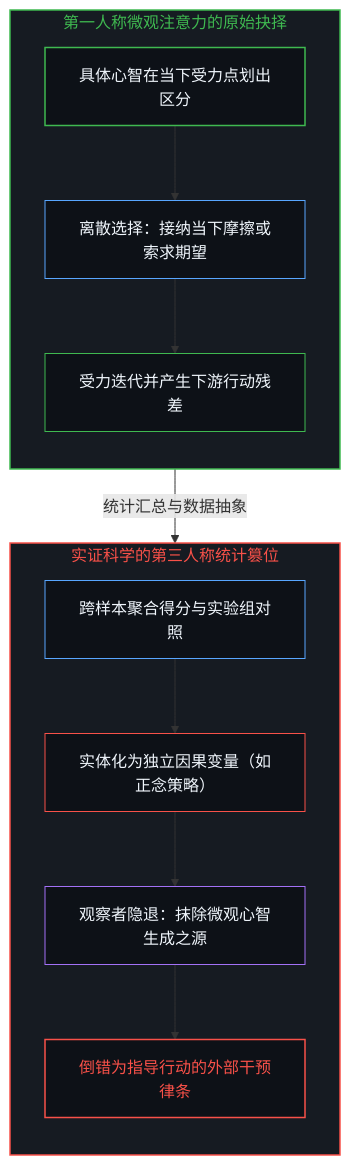
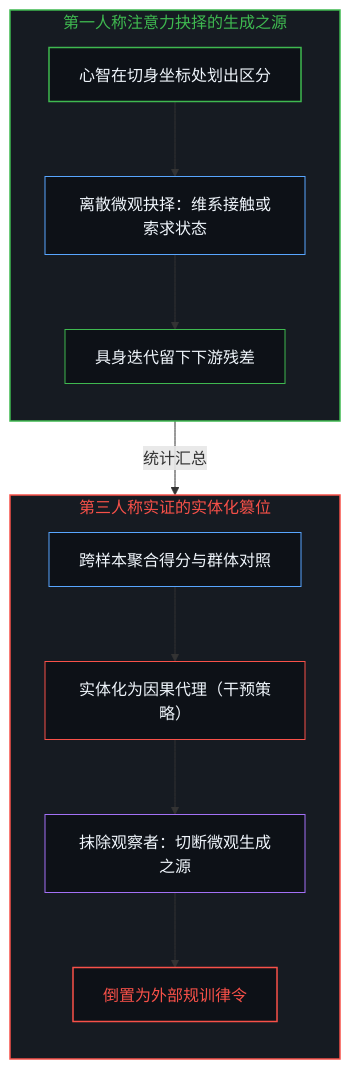
The fifth of 6 diagrams in content/posts/present-contact-and-the-obscuration-of-desired-feeling.md (powerpig99/not-a-toe), drawn with Mermaid before and after one commit. The commit also changed other lines of this file and 2 other files, not shown here.

````diff
--- a/content/posts/present-contact-and-the-obscuration-of-desired-feeling.md
+++ b/content/posts/present-contact-and-the-obscuration-of-desired-feeling.md
@@ -145,27 +133,24 @@
 ```mermaid
 graph TD
-    subgraph S_MicroAgency ["第一人称微观注意力的原始抉择"]
+    subgraph S_MicroAgency ["第一人称注意力抉择的生成之源"]
         direction TB
-        M_Locus["具体心智在当下受力点划出区分"] --> M_Choice["离散选择：接纳当下摩擦或索求期望"]
-        M_Choice --> M_Action["受力迭代并产生下游行动残差"]
+        M_Locus["心智在切身坐标处划出区分"] --> M_Choice["离散微观抉择：维系接触或索求状态"]
+        M_Choice --> M_Action["具身迭代留下下游残差"]
     end
-
-    subgraph S_AggregateIllusion ["实证科学的第三人称统计篡位"]
+    subgraph S_AggregateIllusion ["第三人称实证的实体化篡位"]
         direction TB
-        A_Data["跨样本聚合得分与实验组对照"] --> A_Reify["实体化为独立因果变量（如正念策略）"]
-        A_Reify --> A_Erase["观察者隐退：抹除微观心智生成之源"]
-        A_Erase --> A_Dictate["倒错为指导行动的外部干预律条"]
+        A_Data["跨样本聚合得分与群体对照"] --> A_Reify["实体化为因果代理（干预策略）"]
+        A_Reify --> A_Erase["抹除观察者：切断微观生成之源"]
+        A_Erase --> A_Dictate["倒置为外部规训律令"]
     end
-
-    M_Action -->|"统计汇总与数据抽象"| A_Data
-
+    M_Action -->|"统计汇总"| A_Data
     style S_MicroAgency fill:#161b22,stroke:#3fb950,stroke-width:1.5px,color:#3fb950
     style S_AggregateIllusion fill:#161b22,stroke:#f85149,stroke-width:1.5px,color:#f85149
     style M_Locus fill:#0d1117,stroke:#3fb950,stroke-width:1.5px,color:#f0f6fc
     style M_Choice fill:#0d1117,stroke:#58a6ff,stroke-width:1px,color:#f0f6fc
     style M_Action fill:#0d1117,stroke:#3fb950,stroke-width:1px,color:#f0f6fc
     style A_Data fill:#0d1117,stroke:#58a6ff,stroke-width:1px,color:#f0f6fc
     style A_Reify fill:#0d1117,stroke:#f85149,stroke-width:1px,color:#f0f6fc
     style A_Erase fill:#0d1117,stroke:#a371f7,stroke-width:1px,color:#f0f6fc
     style A_Dictate fill:#0d1117,stroke:#f85149,stroke-width:1.5px,color:#f85149
 ```
````
